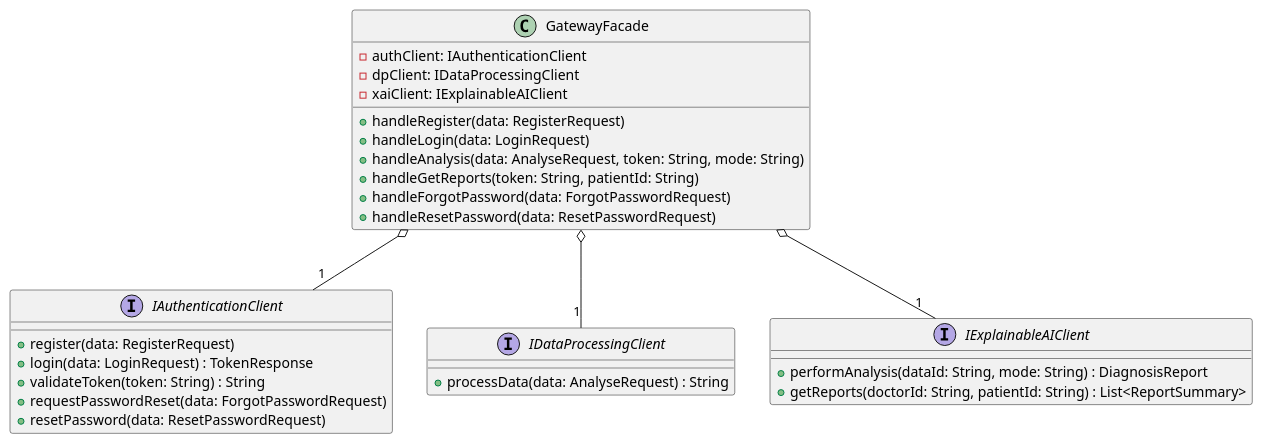
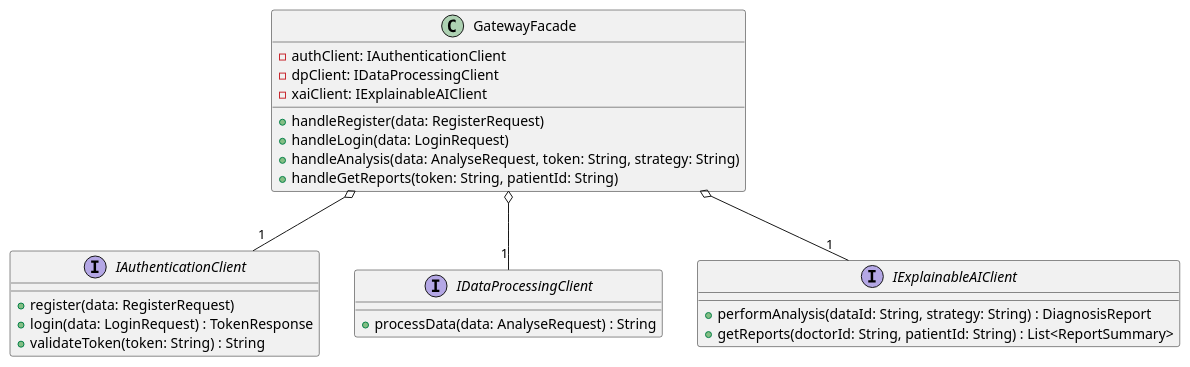
One commit to carrieroroberto/early_care_gateway changed the diagram in deliverables/uml_diagrams/classes/gateway.puml. Above: the diagram before and after it, drawn with PlantUML. The commit also changed 46 other files, not shown here.

```diff
--- a/deliverables/uml_diagrams/classes/gateway.puml
+++ b/deliverables/uml_diagrams/classes/gateway.puml
@@ -1,35 +1,31 @@
 @startuml
 
 interface IAuthenticationClient {
   + register(data: RegisterRequest)
   + login(data: LoginRequest) : TokenResponse
   + validateToken(token: String) : String
-  + requestPasswordReset(data: ForgotPasswordRequest)
-  + resetPassword(data: ResetPasswordRequest)
 }
 interface IDataProcessingClient {
   + processData(data: AnalyseRequest) : String
 }
 interface IExplainableAIClient {
-  + performAnalysis(dataId: String, mode: String) : DiagnosisReport
+  + performAnalysis(dataId: String, strategy: String) : DiagnosisReport
   + getReports(doctorId: String, patientId: String) : List<ReportSummary>
 }
 
 class GatewayFacade {
   - authClient: IAuthenticationClient
   - dpClient: IDataProcessingClient
   - xaiClient: IExplainableAIClient
 
   + handleRegister(data: RegisterRequest)
   + handleLogin(data: LoginRequest)
-  + handleAnalysis(data: AnalyseRequest, token: String, mode: String)
+  + handleAnalysis(data: AnalyseRequest, token: String, strategy: String)
   + handleGetReports(token: String, patientId: String)
-  + handleForgotPassword(data: ForgotPasswordRequest)
-  + handleResetPassword(data: ResetPasswordRequest)
 }
 
 GatewayFacade o-- "1" IAuthenticationClient
 GatewayFacade o-- "1" IDataProcessingClient
 GatewayFacade o-- "1" IExplainableAIClient
 
 @enduml
```
